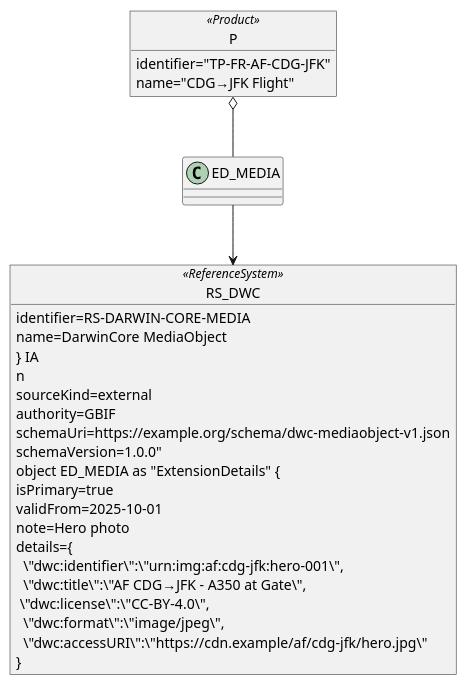
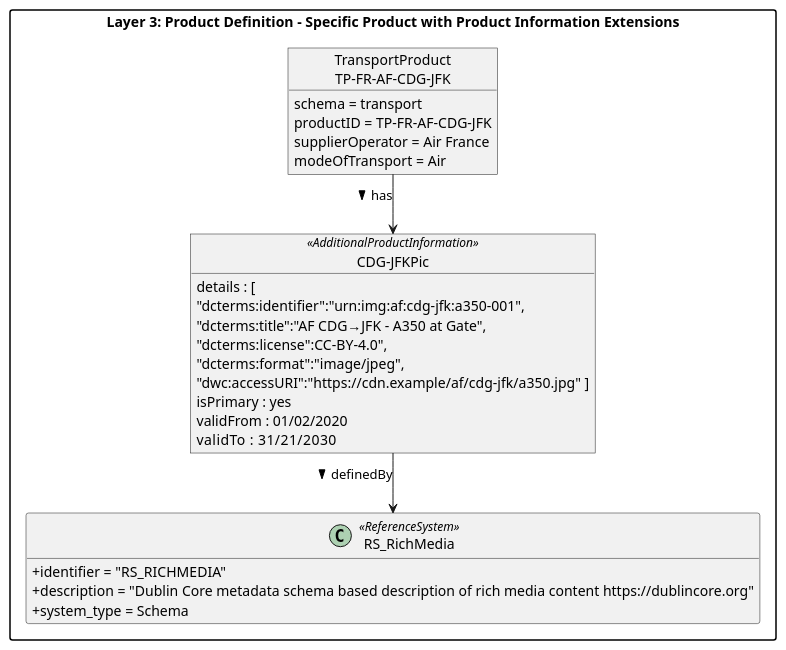
One commit to grbba/product-exchange-demo changed the third of 3 diagrams in Product&Taxonomy BRD/4.2.2.5 Product Information Extensions/ProductInformationExtensions.puml. Above: the diagram before and after it, drawn with PlantUML. The commit also changed other lines of this file and 88 other files, not shown here.

```diff
--- a/Product&Taxonomy BRD/4.2.2.5 Product Information Extensions/ProductInformationExtensions.puml
+++ b/Product&Taxonomy BRD/4.2.2.5 Product Information Extensions/ProductInformationExtensions.puml
@@ -60,24 +92,59 @@
-@startuml darwincore
+@startuml example-darwincore
+
+skinparam packageStyle rectangle
+skinparam classAttributeIconSize 0
+skinparam linetype ortho
+skinparam nodesep 100
+hide empty members
+
 'use for rich media darwin core schemas
-object P <<Product>> {
-identifier="TP-FR-AF-CDG-JFK"
-name="CDG→JFK Flight"
+'instatiate the information extension model on layer 2 a a rich media 
+
+package "Layer 3: Product Definition - Specific Product with Product Information Extensions" as PIE {
+object "TransportProduct\nTP-FR-AF-CDG-JFK" as TP1 {
+    schema = transport
+    productID = TP-FR-AF-CDG-JFK
+    supplierOperator = Air France
+    modeOfTransport = Air
 }
 
-object RS_DWC <<ReferenceSystem>> {
-    identifier=RS-DARWIN-CORE-MEDIA
-    name=DarwinCore MediaObject
+object "CDG-JFKPic" as PIC1 <<AdditionalProductInformation>>  {
 
-} IA\nn\nsourceKind=external\nauthority=GBIF\nschemaUri=https://example.org/schema/dwc-mediaobject-v1.json\nschemaVersion=1.0.0"
-
-object ED_MEDIA as "ExtensionDetails" {
-isPrimary=true
-validFrom=2025-10-01
-note=Hero photo
-details={\n  \"dwc:identifier\":\"urn:img:af:cdg-jfk:hero-001\",\n  \"dwc:title\":\"AF CDG→JFK – A350 at Gate\",\n \"dwc:license\":\"CC-BY-4.0\",\n  \"dwc:format\":\"image/jpeg\",\n  \"dwc:accessURI\":\"https://cdn.example/af/cdg-jfk/hero.jpg\"\n}
+    details : [
+      "dcterms:identifier":"urn:img:af:cdg-jfk:a350-001",
+      "dcterms:title":"AF CDG→JFK – A350 at Gate",
+      "dcterms:license":CC-BY-4.0",
+      "dcterms:format":"image/jpeg",
+      "dwc:accessURI":"https://cdn.example/af/cdg-jfk/a350.jpg" ]
+    isPrimary : yes
+    validFrom : 01/02/2020
+    validTo   : 31/21/2030
 }
 
+TP1 --> PIC1: has >
 
-P o-- ED_MEDIA
-ED_MEDIA --> RS_DWC
+class "RS_RichMedia" as RS_DWC <<ReferenceSystem>> {
+  +identifier = "RS_RICHMEDIA"
+  +description = "Dublin Core metadata schema based description of rich media content https://dublincore.org"
+  +system_type = Schema
+}
+
+PIC1 --> RS_DWC: definedBy >
+
+/'
+class "RS_DarwinCore" <<ExternalReference>> {
+  +authority = "DCMI"
+  +link = "https://www.dublincore.org/specifications/dublin-core/dcmi-terms/"
+  +description= "used namespaces: dcterms: http://purl.org/dc/terms/ and
+    dctype:http://purl.org/dc/dcmitype/,"
+}
+
+class "DCServiceValidator" <<ServiceValidator>> {
+ +endpoint = "https://validator.example.org/shacl/dwc-media\ntimeoutMs=5000"
+}
+
+RS_DWC --> RS_DarwinCore: defined by >
+RS_DarwinCore --> DCServiceValidator: validated through >
+'/
+}
 @enduml
```
